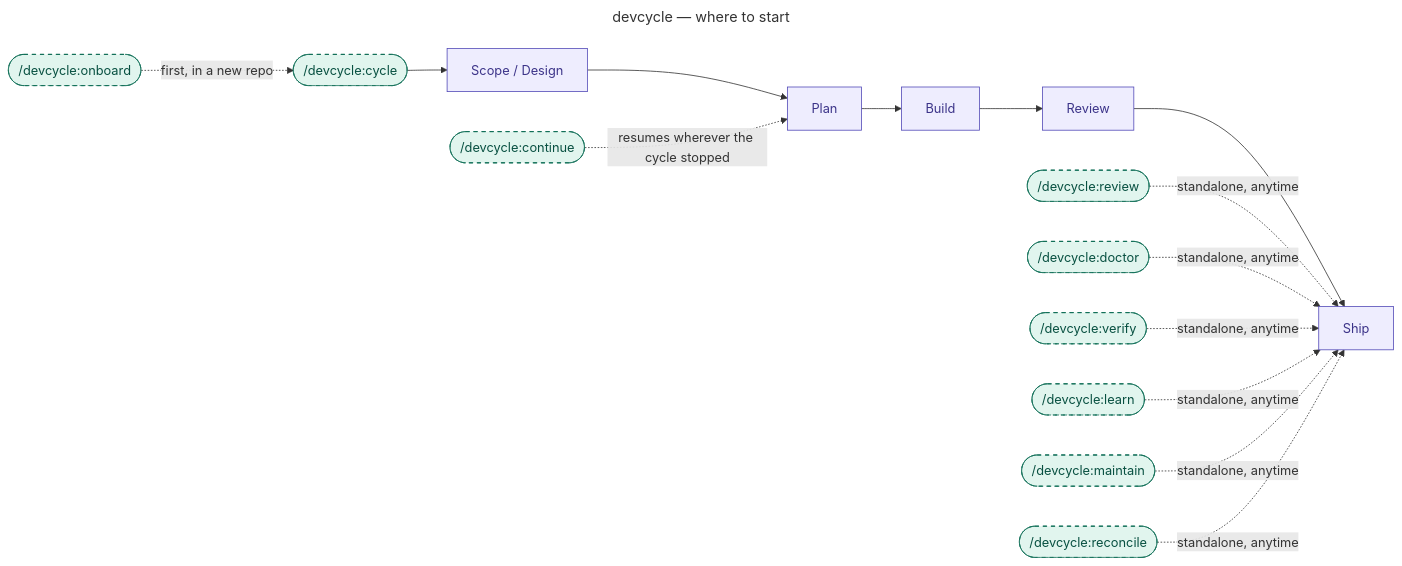
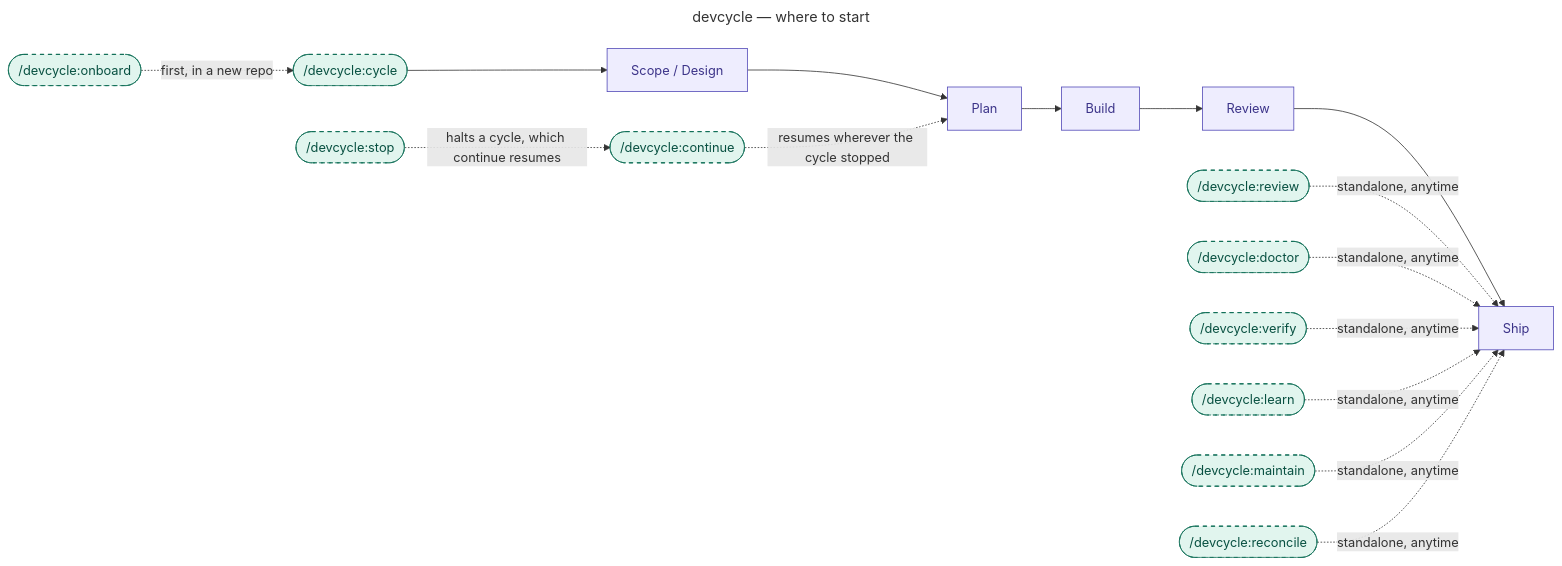
One commit to KonstantinRoehrl/devcycle changed the diagram in README.md. Above: the diagram before and after it, drawn with Mermaid. The commit also changed other lines of this file and 11 other files, not shown here.

First line of the commit message:
feat(stop): add the /devcycle:stop command with its routing, budgets and docs

````diff
--- a/README.md
+++ b/README.md
@@ -32,36 +32,38 @@
 ```mermaid
 ---
 title: devcycle — where to start
-accDescr: Command-level map of devcycle's nine slash commands. /devcycle:onboard scaffolds a new repo before the first cycle; /devcycle:cycle runs the guided pipeline through Scope/Design, Plan, Build, Review, and Ship; /devcycle:continue resumes a stopped cycle; and /devcycle:review, /devcycle:doctor, /devcycle:verify, /devcycle:learn, /devcycle:maintain, and /devcycle:reconcile each run standalone at any time.
+accDescr: Command-level map of devcycle's ten slash commands. /devcycle:onboard scaffolds a new repo before the first cycle; /devcycle:cycle runs the guided pipeline through Scope/Design, Plan, Build, Review, and Ship; /devcycle:stop halts a running cycle at any stage and records where it was; /devcycle:continue resumes a stopped cycle; and /devcycle:review, /devcycle:doctor, /devcycle:verify, /devcycle:learn, /devcycle:maintain, and /devcycle:reconcile each run standalone at any time.
 ---
 flowchart LR
     CYCLE(["/devcycle:cycle"]):::tool
     CONT(["/devcycle:continue"]):::tool
+    STOP(["/devcycle:stop"]):::tool
     ONBOARD(["/devcycle:onboard"]):::tool
     REVIEWCMD(["/devcycle:review"]):::tool
     DOCTOR(["/devcycle:doctor"]):::tool
     VERIFY(["/devcycle:verify"]):::tool
     LEARN(["/devcycle:learn"]):::tool
     MAINTAIN(["/devcycle:maintain"]):::tool
     RECONCILE(["/devcycle:reconcile"]):::tool
 
     ONBOARD -. "first, in a new repo" .-> CYCLE
     CYCLE --> SCOPE["Scope / Design"]:::stage
     SCOPE --> PLAN["Plan"]:::stage
     PLAN --> BUILD["Build"]:::stage
     BUILD --> REVIEW["Review"]:::stage
     REVIEW --> SHIP["Ship"]:::stage
 
     CONT -. "resumes wherever the cycle stopped" .-> PLAN
+    STOP -. "halts a cycle, which continue resumes" .-> CONT
 
     REVIEWCMD -. "standalone, anytime" .-> SHIP
     DOCTOR -. "standalone, anytime" .-> SHIP
     VERIFY -. "standalone, anytime" .-> SHIP
     LEARN -. "standalone, anytime" .-> SHIP
     MAINTAIN -. "standalone, anytime" .-> SHIP
     RECONCILE -. "standalone, anytime" .-> SHIP
 
     classDef stage fill:#EEEDFE,stroke:#534AB7,color:#3C3489;
     classDef tool fill:#E1F5EE,stroke:#0F6E56,color:#085041,stroke-dasharray:5 5;
     classDef structural fill:#F1EFE8,stroke:#5F5E5A,color:#444441;
 ```
````
